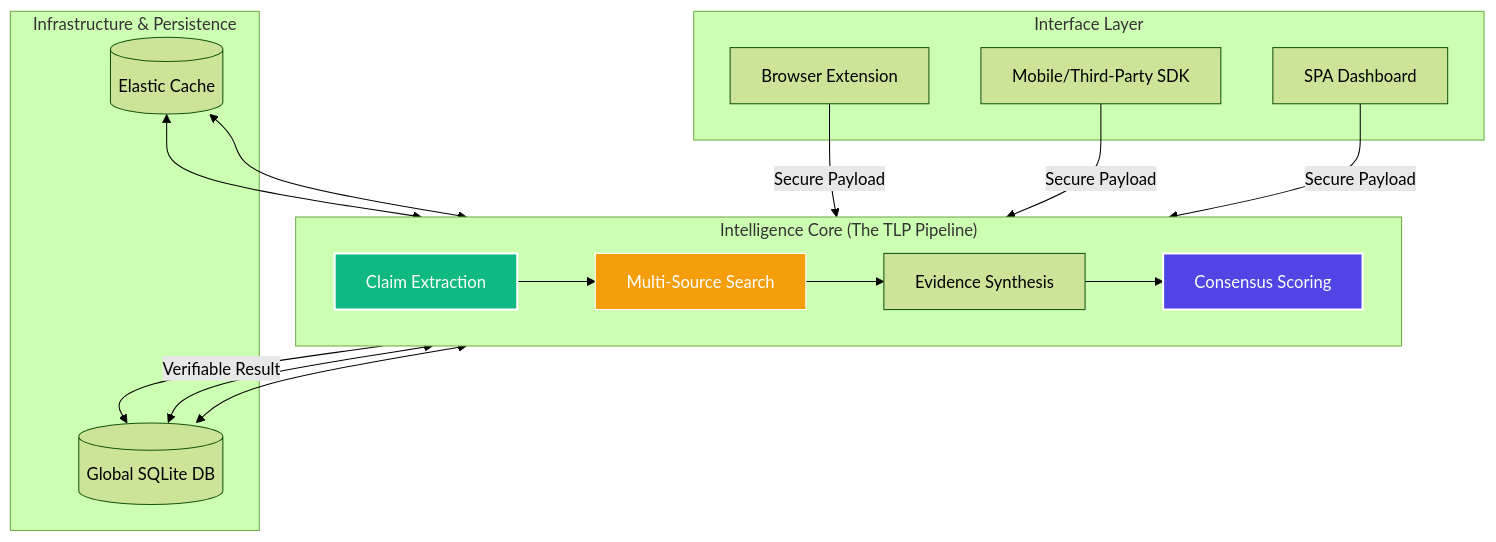
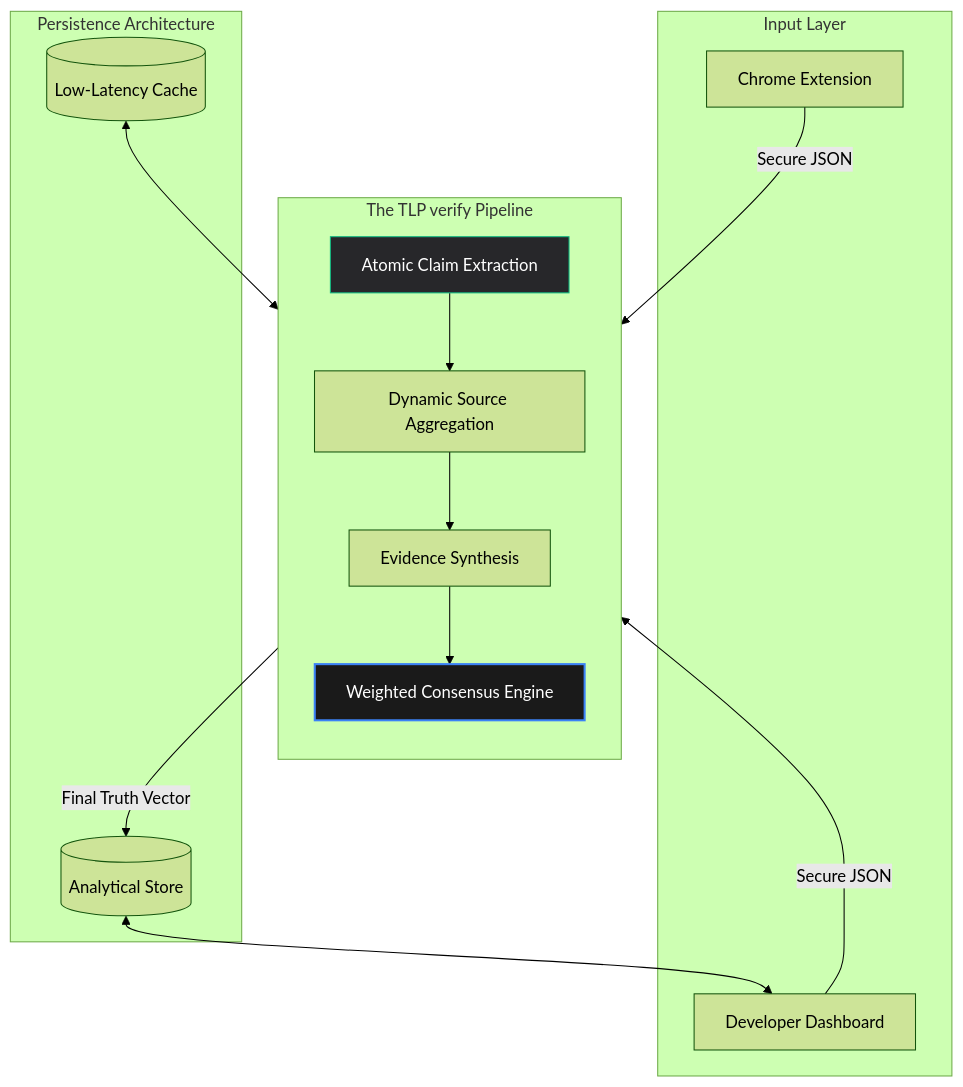
One commit to InnoShay/TLP changed the diagram in README.md. Above: the diagram before and after it, drawn with Mermaid (forest theme). The commit also changed other lines of this file, not shown here.

````diff
--- a/README.md
+++ b/README.md
@@ -39,28 +33,30 @@
 ```mermaid
-graph TB
-    subgraph "Interface Layer"
-        EXT[Browser Extension]
-        API[Mobile/Third-Party SDK]
-        WEB[SPA Dashboard]
+graph TD
+    subgraph "Input Layer"
+        EXT[Chrome Extension]
+        PLAT[Developer Dashboard]
     end
 
-    subgraph "Intelligence Core (The TLP Pipeline)"
-        direction LR
-        CEX[Claim Extraction] --> AGG[Multi-Source Search]
-        AGG --> ANA[Evidence Synthesis]
-        ANA --> CON[Consensus Scoring]
+    subgraph "The TLP verify Pipeline"
+        direction TB
+        CEX[Atomic Claim Extraction]
+        AGG[Dynamic Source Aggregation]
+        ANA[Evidence Synthesis]
+        CON[Weighted Consensus Engine]
+        
+        CEX --> AGG --> ANA --> CON
     end
 
-    subgraph "Infrastructure & Persistence"
-        SQL[(Global SQLite DB)]
-        RED[(Elastic Cache)]
+    subgraph "Persistence Architecture"
+        DB[(Analytical Store)]
+        CACHE[(Low-Latency Cache)]
     end
 
-    EXT & API & WEB -->|Secure Payload| CEX
-    CON -->|Verifiable Result| SQL
-    SQL & RED <--> CEX & CON
-
-    style CEX fill:#10b981,stroke:#fff,stroke-width:2px,color:#fff
-    style CON fill:#4f46e5,stroke:#fff,stroke-width:2px,color:#fff
-    style AGG fill:#f59e0b,stroke:#fff,stroke-width:1px,color:#fff
+    EXT & PLAT -->|Secure JSON| CEX
+    CON -->|Final Truth Vector| DB
+    DB <--> PLAT
+    CACHE <--> CEX
+    
+    style CON fill:#1a1a1a,stroke:#3b82f6,stroke-width:2px,color:#fff
+    style CEX fill:#27272a,stroke:#10b981,stroke-width:1px,color:#fff
 ```
````
